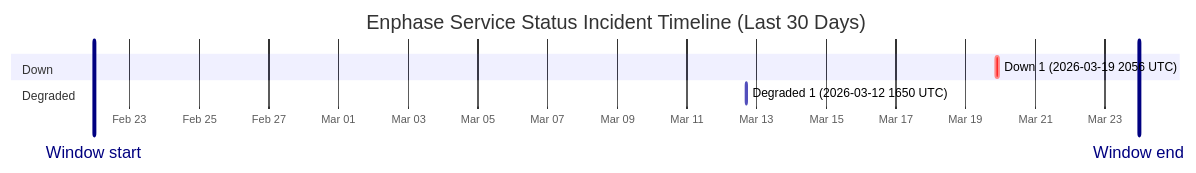
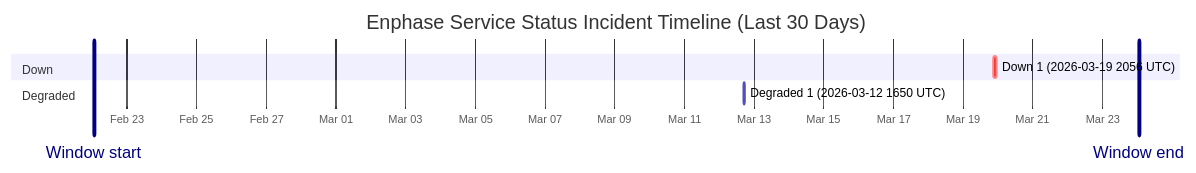
Before and after one commit to barneyonline/ha-enphase-ev-charger: the diagram in wiki/Service-Status-History.md, drawn with Mermaid. The commit also changed other lines of this file and 3 other files, not shown here.

````diff
--- a/wiki/Service-Status-History.md
+++ b/wiki/Service-Status-History.md
@@ -14,12 +14,12 @@
 ```mermaid
 gantt
     title Enphase Service Status Incident Timeline (Last 30 Days)
     dateFormat  YYYY-MM-DDTHH:mm:ss
     axisFormat  %b %d
-    Window start :vert, window-start, 2026-02-21T23:23:31, 0ms
-    Window end :vert, window-end, 2026-03-23T23:23:31, 0ms
+    Window start :vert, window-start, 2026-02-22T01:12:57, 0ms
+    Window end :vert, window-end, 2026-03-24T01:12:57, 0ms
     section Down
     Down 1 (2026-03-19 2056 UTC) :crit, down-1, 2026-03-19T20:56:20, 145m
     section Degraded
     Degraded 1 (2026-03-12 1650 UTC) :active, degraded-1, 2026-03-12T16:50:43, 60m
 ```
````
